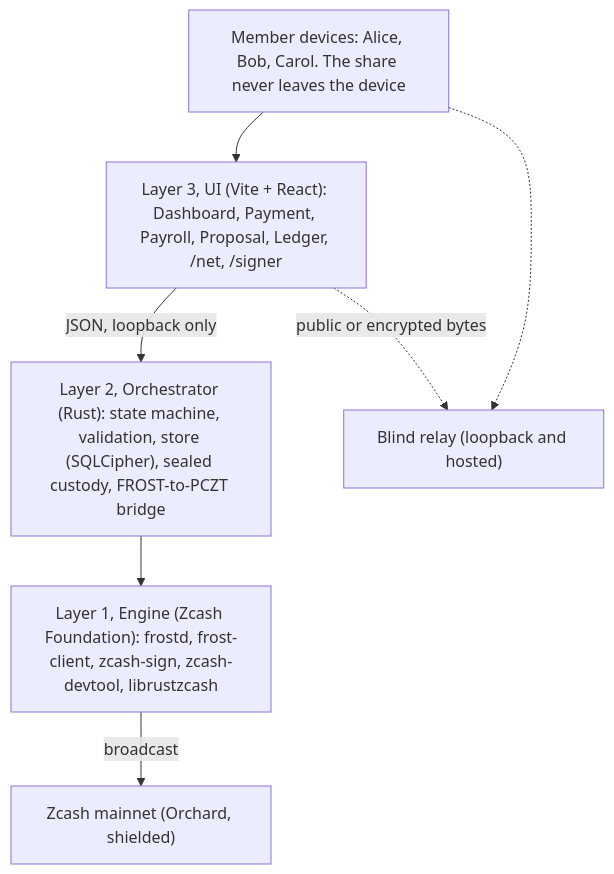
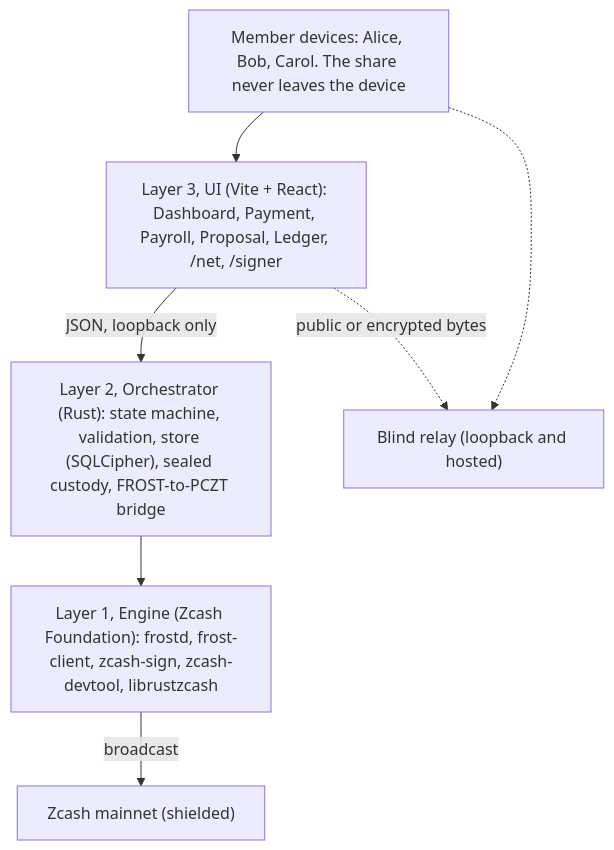
One commit to deegalabs/konclave changed the first of 10 diagrams in docs/DIAGRAMS.md. Above: the diagram before and after it, drawn with Mermaid. The commit also changed other lines of this file and 20 other files, not shown here.

````diff
--- a/docs/DIAGRAMS.md
+++ b/docs/DIAGRAMS.md
@@ -10,16 +10,16 @@
 ```mermaid
 flowchart TB
   A["Member devices: Alice, Bob, Carol. The share never leaves the device"]
   UI["Layer 3, UI (Vite + React): Dashboard, Payment, Payroll, Proposal, Ledger, /net, /signer"]
   Orch["Layer 2, Orchestrator (Rust): state machine, validation, store (SQLCipher), sealed custody, FROST-to-PCZT bridge"]
   Eng["Layer 1, Engine (Zcash Foundation): frostd, frost-client, zcash-sign, zcash-devtool, librustzcash"]
   Relay["Blind relay (loopback and hosted)"]
-  Chain["Zcash mainnet (Orchard, shielded)"]
+  Chain["Zcash mainnet (shielded)"]
 
   A --> UI
   UI -->|"JSON, loopback only"| Orch
   Orch --> Eng
   Eng -->|"broadcast"| Chain
   UI -.->|"public or encrypted bytes"| Relay
   A -.-> Relay
 ```
````
